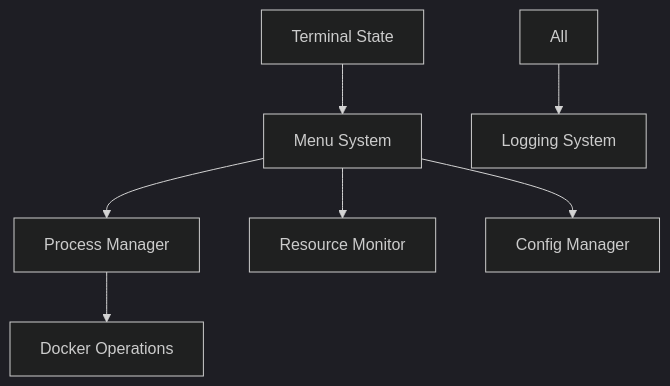
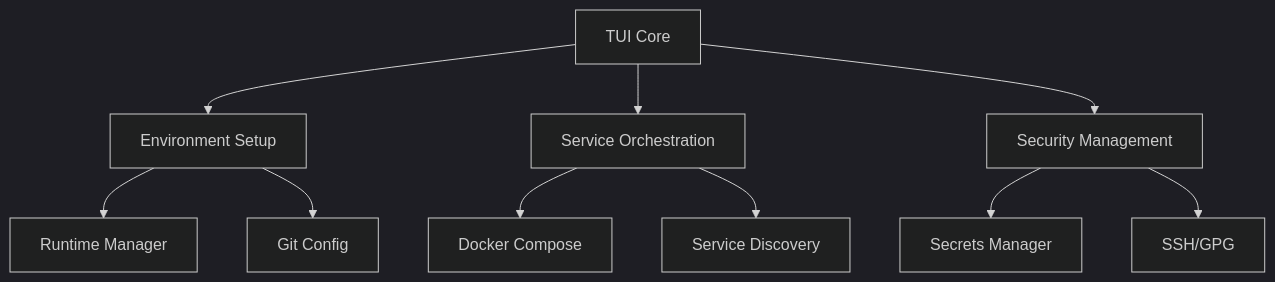
One commit to elleshadow/dev-ops-tui changed the fourth of 5 diagrams in README.md. Above: the diagram before and after it, drawn with Mermaid (dark theme). The commit also changed other lines of this file and 29 other files, not shown here.

````diff
--- a/README.md
+++ b/README.md
@@ -9,9 +171,12 @@
 ```mermaid
 graph TD
-    A[Terminal State] --> B[Menu System]
-    B --> C[Process Manager]
-    C --> D[Docker Operations]
-    B --> E[Resource Monitor]
-    B --> F[Config Manager]
-    All --> G[Logging System]
+    A[TUI Core] --> B[Environment Setup]
+    A --> C[Service Orchestration]
+    A --> D[Security Management]
+    B --> E[Runtime Manager]
+    B --> F[Git Config]
+    C --> G[Docker Compose]
+    C --> H[Service Discovery]
+    D --> I[Secrets Manager]
+    D --> J[SSH/GPG]
 ```
````
